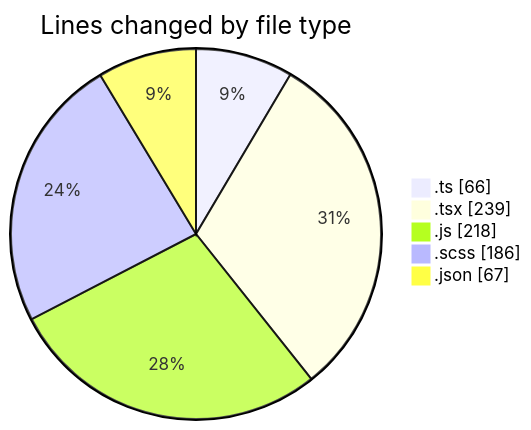
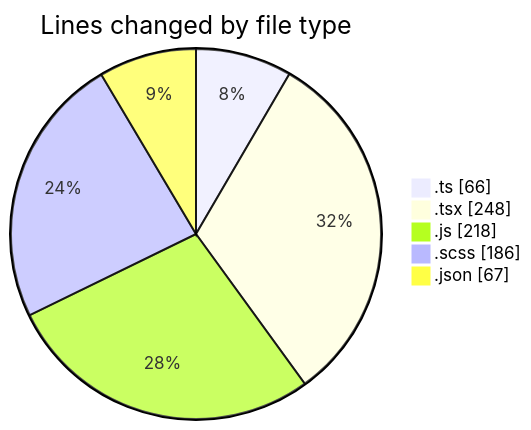
Before and after one commit to momahboobian/code-tracking: the first of 2 diagrams in 2026-05-08/cda/README.md, drawn with Mermaid. The commit also changed other lines of this file and 1 other file, not shown here.

````diff
--- a/2026-05-08/cda/README.md
+++ b/2026-05-08/cda/README.md
@@ -32,9 +32,9 @@
 ```mermaid
 pie showData
 title Lines changed by file type
 ".ts" : 66
-".tsx" : 239
+".tsx" : 248
 ".js" : 218
 ".scss" : 186
 ".json" : 67
 ```
````
